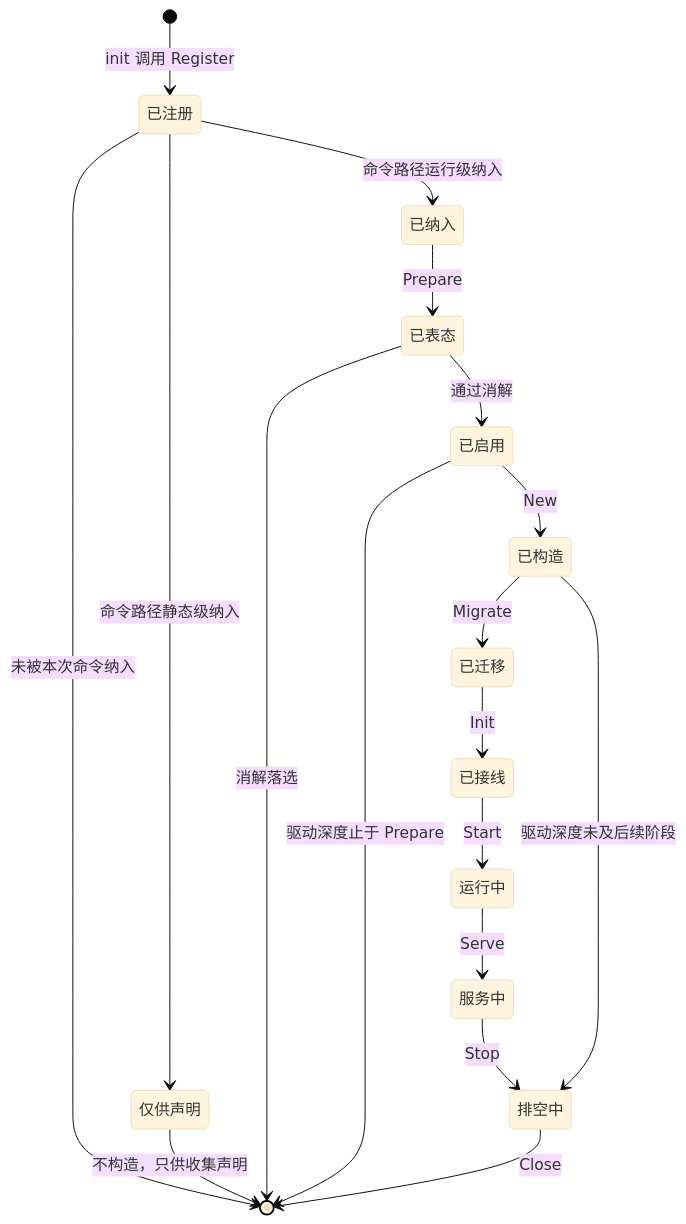
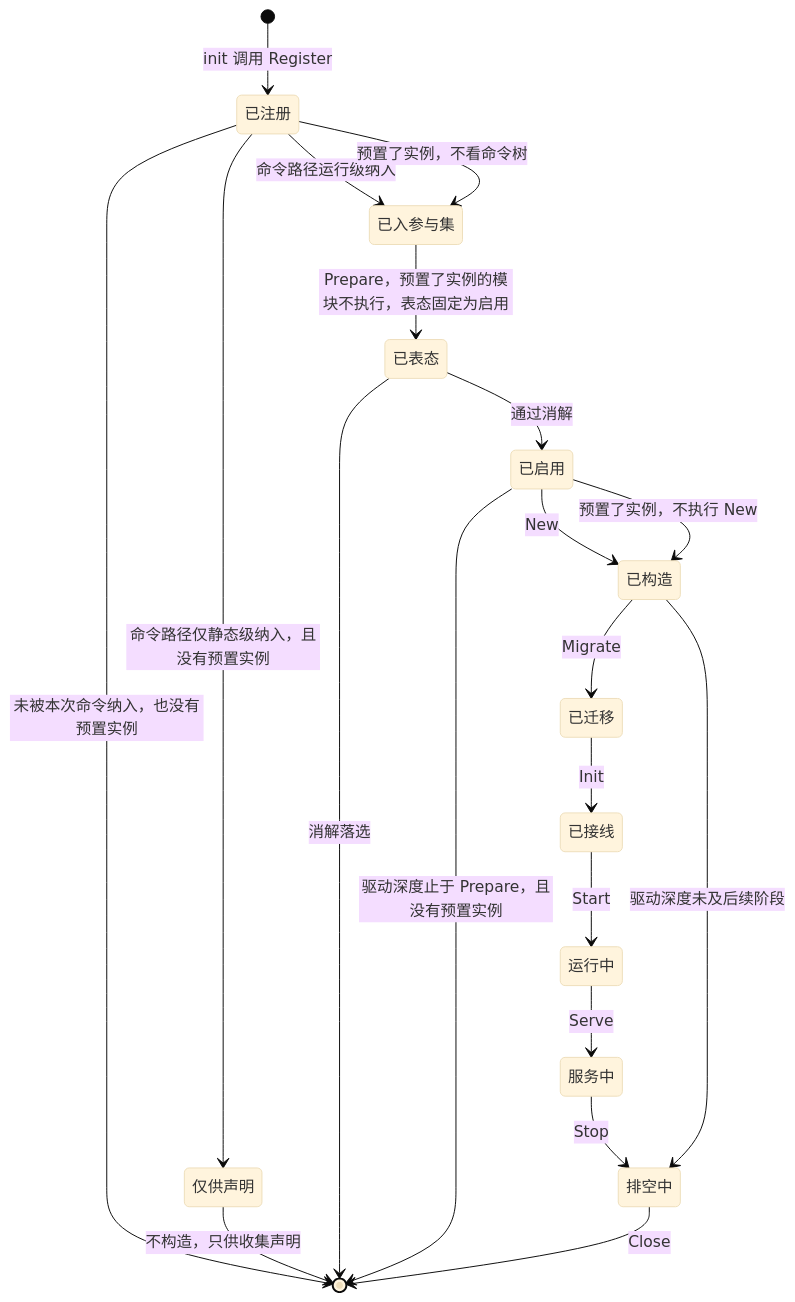
The third of 6 diagrams in docs/design/modules/design-core.md (wangzw/speed), drawn with Mermaid (base theme) before and after one commit. The commit also changed other lines of this file and 56 other files, not shown here.

````diff
--- a/docs/design/modules/design-core.md
+++ b/docs/design/modules/design-core.md
@@ -345,20 +385,22 @@
 ```mermaid
 stateDiagram-v2
     [*] --> 已注册 : init 调用 Register
-    已注册 --> [*] : 未被本次命令纳入
-    已注册 --> 仅供声明 : 命令路径静态级纳入
+    已注册 --> [*] : 未被本次命令纳入，也没有预置实例
+    已注册 --> 仅供声明 : 命令路径仅静态级纳入，且没有预置实例
     仅供声明 --> [*] : 不构造，只供收集声明
-    已注册 --> 已纳入 : 命令路径运行级纳入
-    已纳入 --> 已表态 : Prepare
+    已注册 --> 已入参与集 : 命令路径运行级纳入
+    已注册 --> 已入参与集 : 预置了实例，不看命令树
+    已入参与集 --> 已表态 : Prepare，预置了实例的模块不执行，表态固定为启用
     已表态 --> [*] : 消解落选
     已表态 --> 已启用 : 通过消解
-    已启用 --> [*] : 驱动深度止于 Prepare
+    已启用 --> [*] : 驱动深度止于 Prepare，且没有预置实例
     已启用 --> 已构造 : New
+    已启用 --> 已构造 : 预置了实例，不执行 New
     已构造 --> 已迁移 : Migrate
     已迁移 --> 已接线 : Init
     已接线 --> 运行中 : Start
     运行中 --> 服务中 : Serve
     服务中 --> 排空中 : Stop
     已构造 --> 排空中 : 驱动深度未及后续阶段
     排空中 --> [*] : Close
 ```
````
